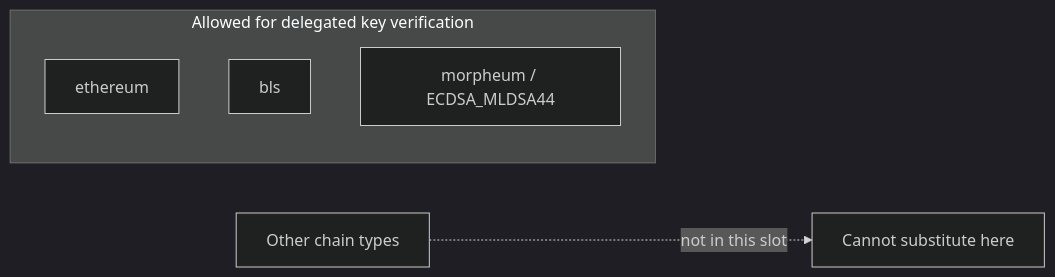
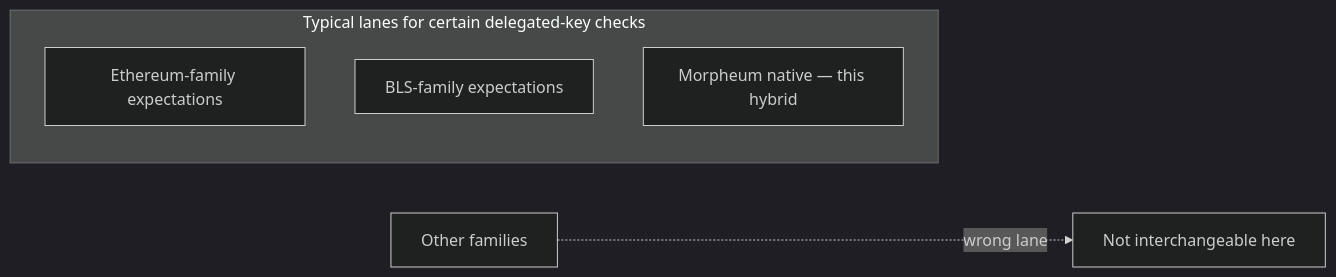
Before and after one commit to morpheum-labs/documentation: the seventh of 8 diagrams in signing/morpheum-signature.mdx, drawn with Mermaid (dark theme). The commit also changed other lines of this file, not shown here.

````diff
--- a/signing/morpheum-signature.mdx
+++ b/signing/morpheum-signature.mdx
@@ -152,9 +159,9 @@
 ```mermaid
 flowchart LR
-  subgraph allowed [Allowed for delegated key verification]
-    E[ethereum]
-    B[bls]
-    M[morpheum / ECDSA_MLDSA44]
+  subgraph lanes [Typical lanes for certain delegated-key checks]
+    L1[Ethereum-family expectations]
+    L2[BLS-family expectations]
+    L3[Morpheum native — this hybrid]
   end
-  X[Other chain types] -.->|not in this slot| N[Cannot substitute here]
+  Other[Other families] -.->|wrong lane| Blocked[Not interchangeable here]
 ```
````
